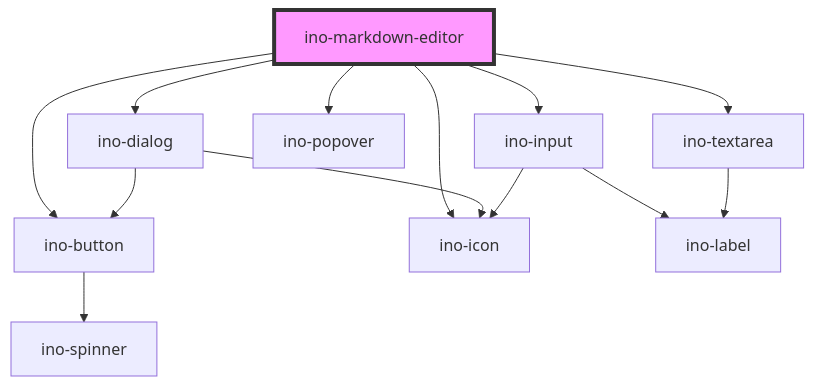
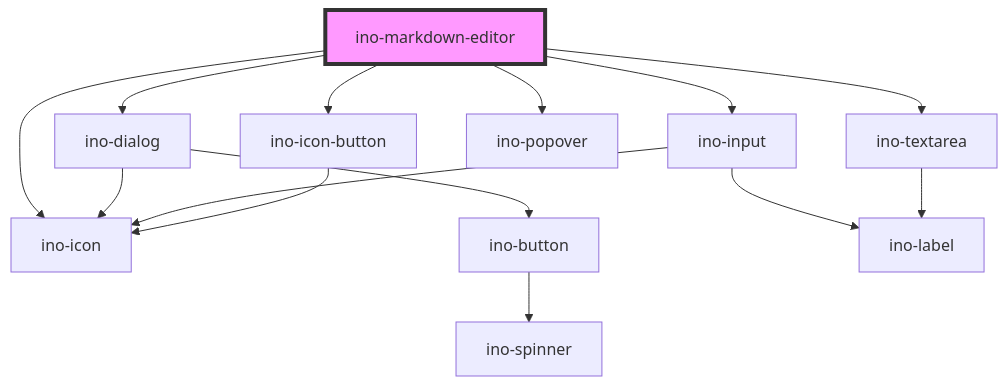
One commit to inovex/elements changed the diagram in packages/elements/src/components/ino-markdown-editor/readme.md. Above: the diagram before and after it, drawn with Mermaid. The commit also changed other lines of this file and 5 other files, not shown here.

Commit message:
replaced ino-button w/ ino-icon-button; fixed case missing bug;

````diff
--- a/packages/elements/src/components/ino-markdown-editor/readme.md
+++ b/packages/elements/src/components/ino-markdown-editor/readme.md
@@ -37,16 +37,17 @@
 ```mermaid
 graph TD;
   ino-markdown-editor --> ino-dialog
   ino-markdown-editor --> ino-input
-  ino-markdown-editor --> ino-button
+  ino-markdown-editor --> ino-icon-button
   ino-markdown-editor --> ino-icon
   ino-markdown-editor --> ino-popover
   ino-markdown-editor --> ino-textarea
   ino-dialog --> ino-icon
   ino-dialog --> ino-button
   ino-button --> ino-spinner
   ino-input --> ino-label
   ino-input --> ino-icon
+  ino-icon-button --> ino-icon
   ino-textarea --> ino-label
   style ino-markdown-editor fill:#f9f,stroke:#333,stroke-width:4px
 ```
````
